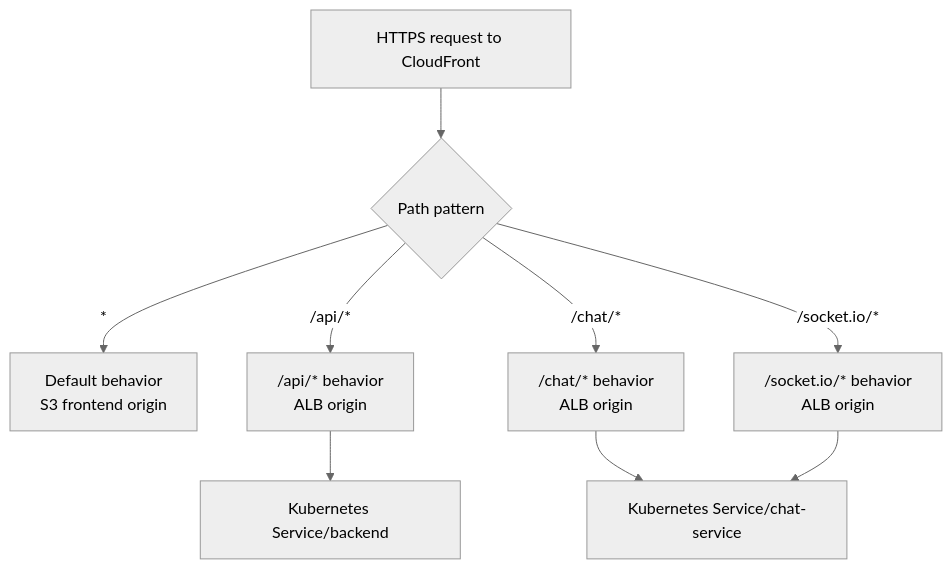
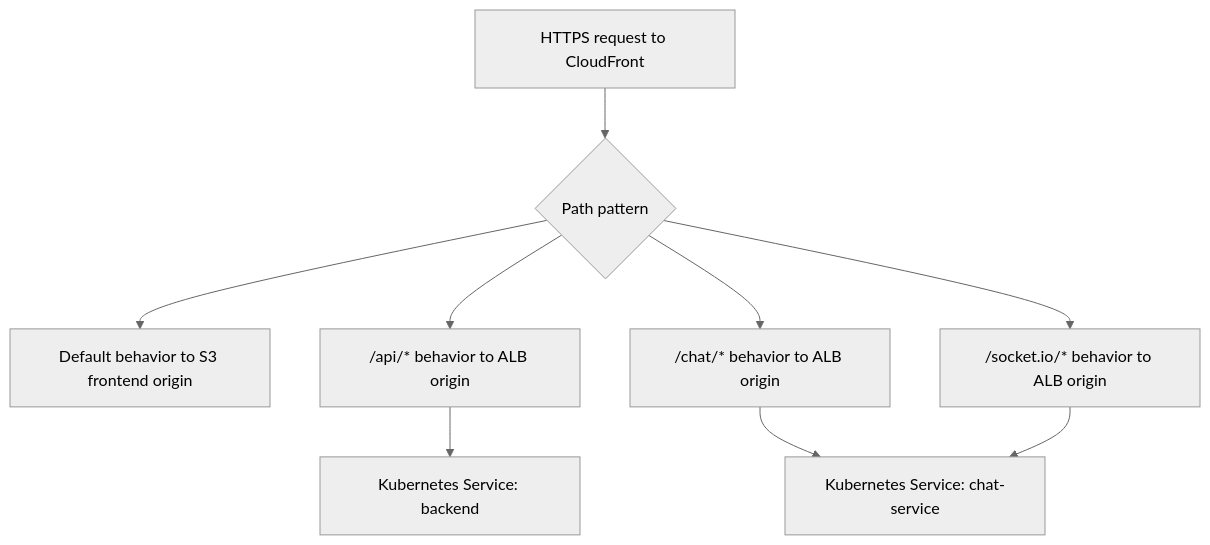
One commit to zKdKaidO/AWS_Report changed the second of 6 diagrams in content/5-Workshop/5.2-Architecture/_index.md. Above: the diagram before and after it, drawn with Mermaid (neutral theme). The commit also changed other lines of this file and 23 other files, not shown here.

````diff
--- a/content/5-Workshop/5.2-Architecture/_index.md
+++ b/content/5-Workshop/5.2-Architecture/_index.md
@@ -81,20 +81,20 @@
-```mermaid
-flowchart TD
+{{< mermaid >}}
+graph TD
     Request["HTTPS request to CloudFront"]
     Match{"Path pattern"}
-    Frontend["Default behavior<br/>S3 frontend origin"]
-    API["/api/* behavior<br/>ALB origin"]
-    ChatRest["/chat/* behavior<br/>ALB origin"]
-    Socket["/socket.io/* behavior<br/>ALB origin"]
-    BackendSvc["Kubernetes Service/backend"]
-    ChatSvc["Kubernetes Service/chat-service"]
+    Frontend["Default behavior to S3 frontend origin"]
+    API["/api/* behavior to ALB origin"]
+    ChatRest["/chat/* behavior to ALB origin"]
+    Socket["/socket.io/* behavior to ALB origin"]
+    BackendSvc["Kubernetes Service: backend"]
+    ChatSvc["Kubernetes Service: chat-service"]
 
     Request --> Match
-    Match -->|"*"| Frontend
-    Match -->|"/api/*"| API
-    Match -->|"/chat/*"| ChatRest
-    Match -->|"/socket.io/*"| Socket
+    Match --> Frontend
+    Match --> API
+    Match --> ChatRest
+    Match --> Socket
     API --> BackendSvc
     ChatRest --> ChatSvc
     Socket --> ChatSvc
-```
+{{< /mermaid >}}
````
